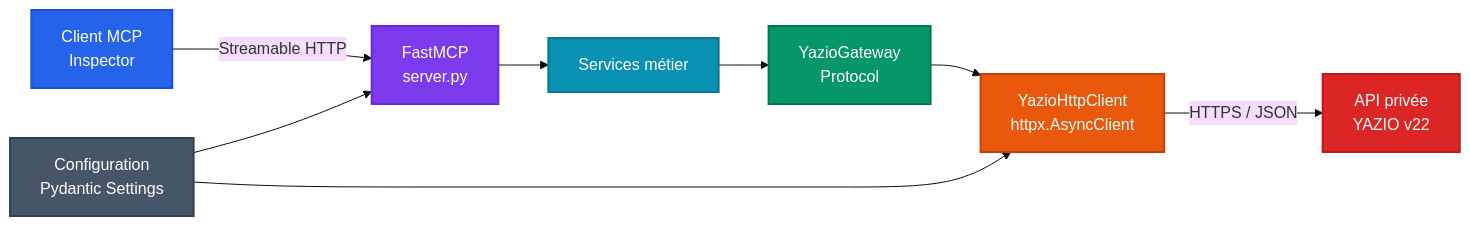
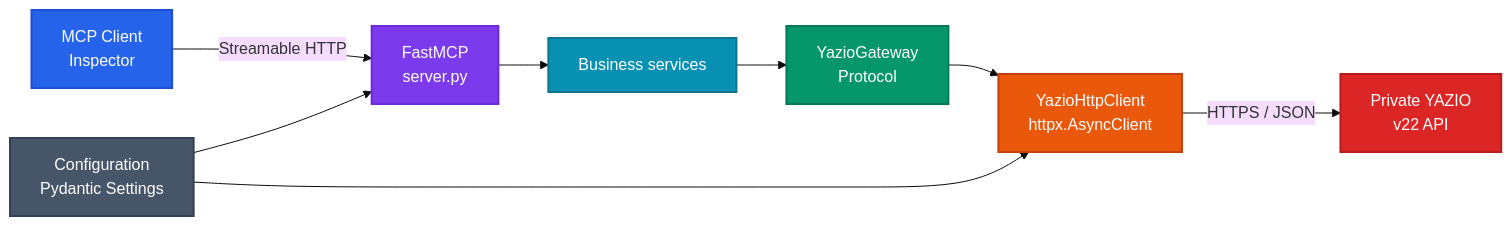
Before and after one commit to martinp2003-debug/My-Yazio-mcp: the diagram in README.md, drawn with Mermaid (base theme). The commit also changed other lines of this file, not shown here.

````diff
--- a/README.md
+++ b/README.md
@@ -57,26 +54,26 @@
 ```mermaid
 flowchart LR
-    A[Client MCP<br/>Inspector] -->|Streamable HTTP| B[FastMCP<br/>server.py]
-    B --> C[Services métier]
+    A[MCP Client<br/>Inspector] -->|Streamable HTTP| B[FastMCP<br/>server.py]
+    B --> C[Business services]
     C --> D[YazioGateway<br/>Protocol]
     D --> E[YazioHttpClient<br/>httpx.AsyncClient]
-    E -->|HTTPS / JSON| F[API privée<br/>YAZIO v22]
+    E -->|HTTPS / JSON| F[Private YAZIO<br/>v22 API]
     G[Configuration<br/>Pydantic Settings] --> B
     G --> E
 
     classDef client fill:#2563eb,stroke:#1d4ed8,color:#ffffff,stroke-width:2px;
     classDef server fill:#7c3aed,stroke:#6d28d9,color:#ffffff,stroke-width:2px;
-    classDef domain fill:#0891b2,stroke:#0e7490,color:#ffffff,stroke-width:2px;
+    classDef domain fill:#0891b2,stroke:#0f7490,color:#ffffff,stroke-width:2px;
     classDef port fill:#059669,stroke:#047857,color:#ffffff,stroke-width:2px;
     classDef adapter fill:#ea580c,stroke:#c2410c,color:#ffffff,stroke-width:2px;
     classDef external fill:#dc2626,stroke:#b91c1c,color:#ffffff,stroke-width:2px;
     classDef config fill:#475569,stroke:#334155,color:#ffffff,stroke-width:2px;
 
     class A client;
     class B server;
     class C domain;
     class D port;
     class E adapter;
     class F external;
     class G config;
 ```
````
